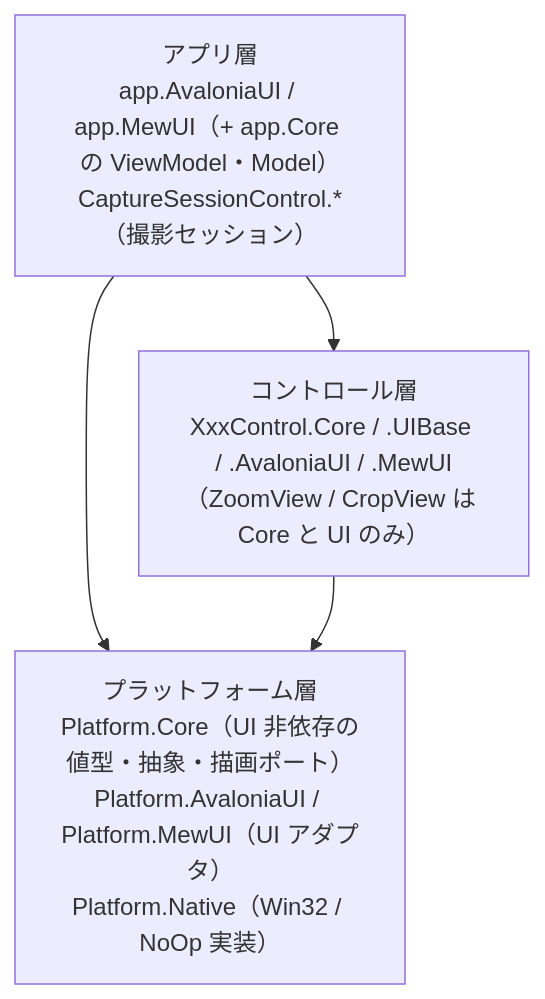
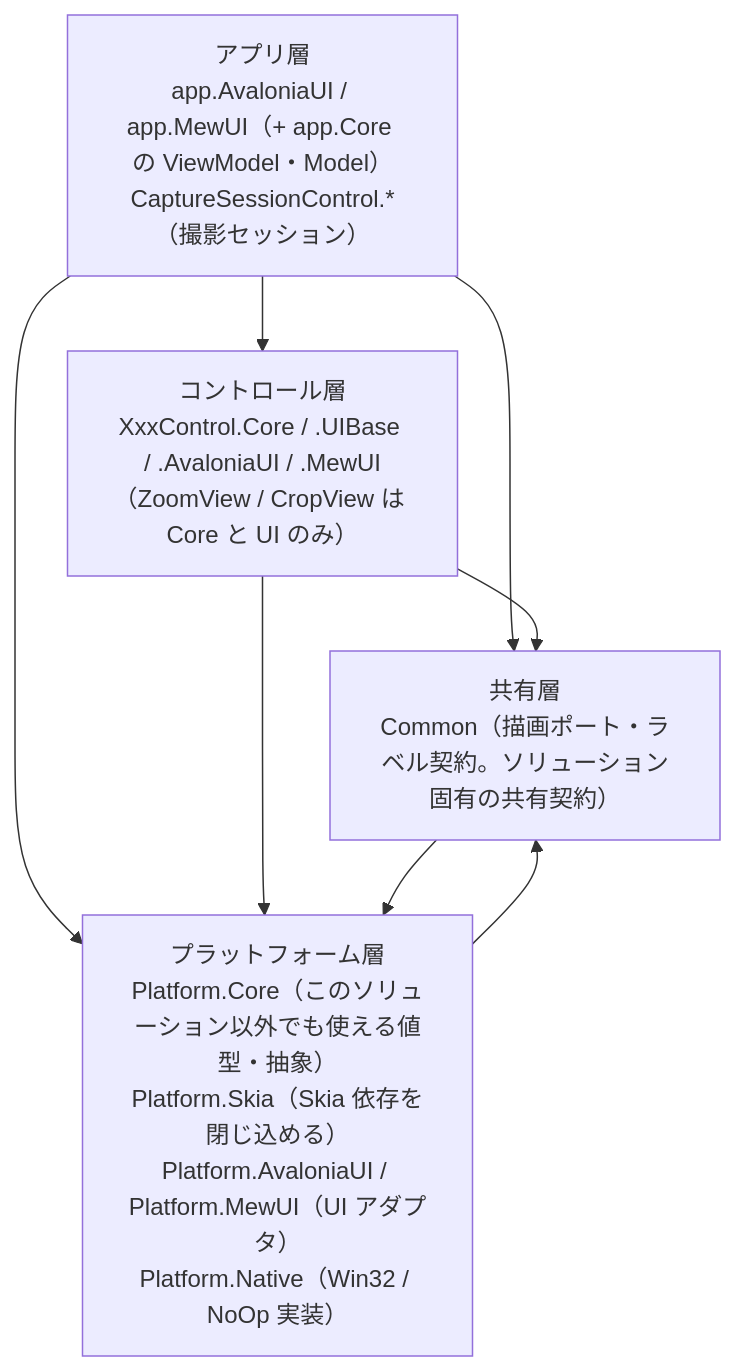
The first of 2 diagrams in src/README.md (tomokuni/SaveEvidence), drawn with Mermaid before and after one commit. The commit also changed other lines of this file and 108 other files, not shown here.

First line of the commit message:
Common / Platform.Skia の文書を追加し、未使用 using を掃討する

````diff
--- a/src/README.md
+++ b/src/README.md
@@ -8,9 +8,14 @@
 ```mermaid
 flowchart TB
     APP["アプリ層<br/>app.AvaloniaUI / app.MewUI（+ app.Core の ViewModel・Model）<br/>CaptureSessionControl.*（撮影セッション）"]
     CTRL["コントロール層<br/>XxxControl.Core / .UIBase / .AvaloniaUI / .MewUI<br/>（ZoomView / CropView は Core と UI のみ）"]
-    PLAT["プラットフォーム層<br/>Platform.Core（UI 非依存の値型・抽象・描画ポート）<br/>Platform.AvaloniaUI / Platform.MewUI（UI アダプタ）<br/>Platform.Native（Win32 / NoOp 実装）"]
+    COMMON["共有層<br/>Common（描画ポート・ラベル契約。ソリューション固有の共有契約）"]
+    PLAT["プラットフォーム層<br/>Platform.Core（このソリューション以外でも使える値型・抽象）<br/>Platform.Skia（Skia 依存を閉じ込める）<br/>Platform.AvaloniaUI / Platform.MewUI（UI アダプタ）<br/>Platform.Native（Win32 / NoOp 実装）"]
     APP --> CTRL
+    APP --> COMMON
     APP --> PLAT
+    CTRL --> COMMON
     CTRL --> PLAT
+    COMMON --> PLAT
+    PLAT --> COMMON
 ```
````
